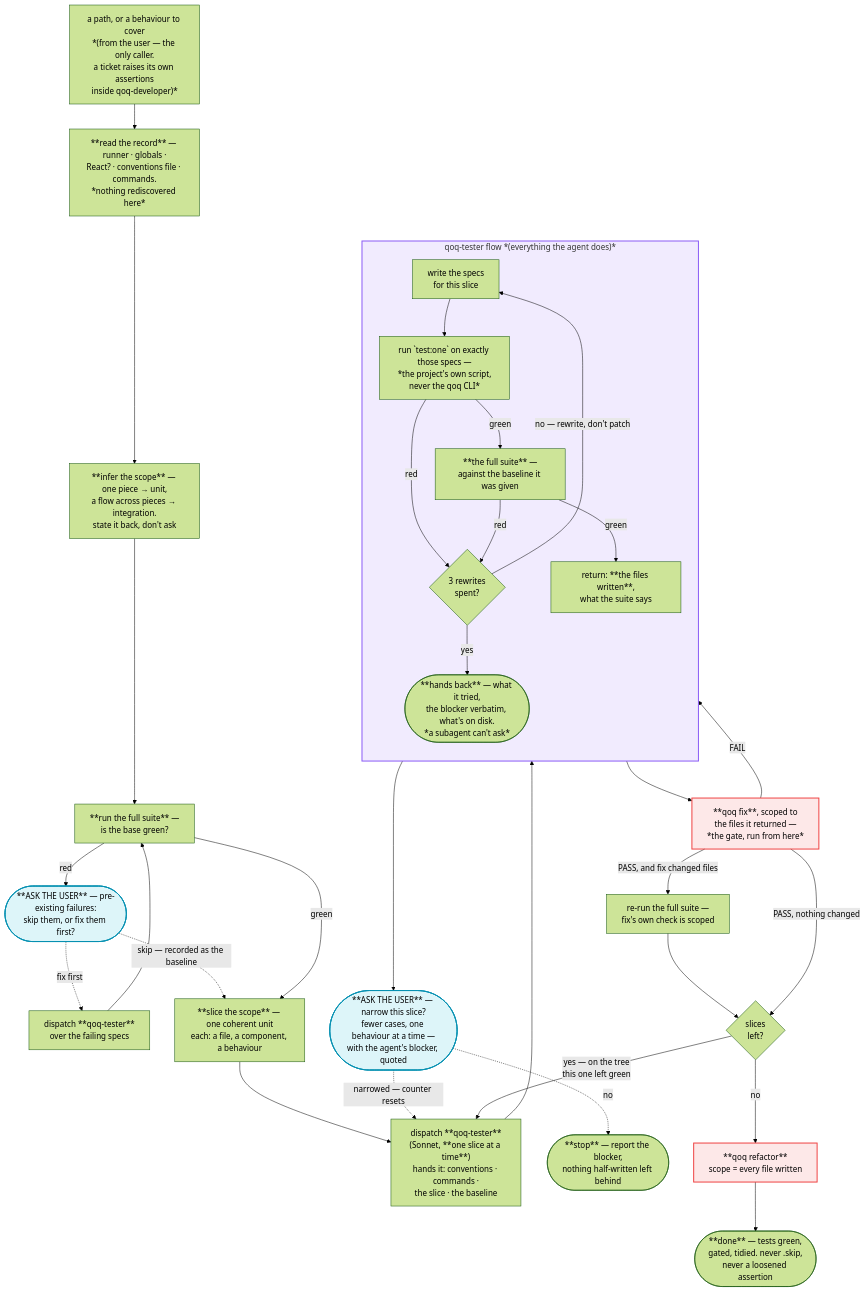
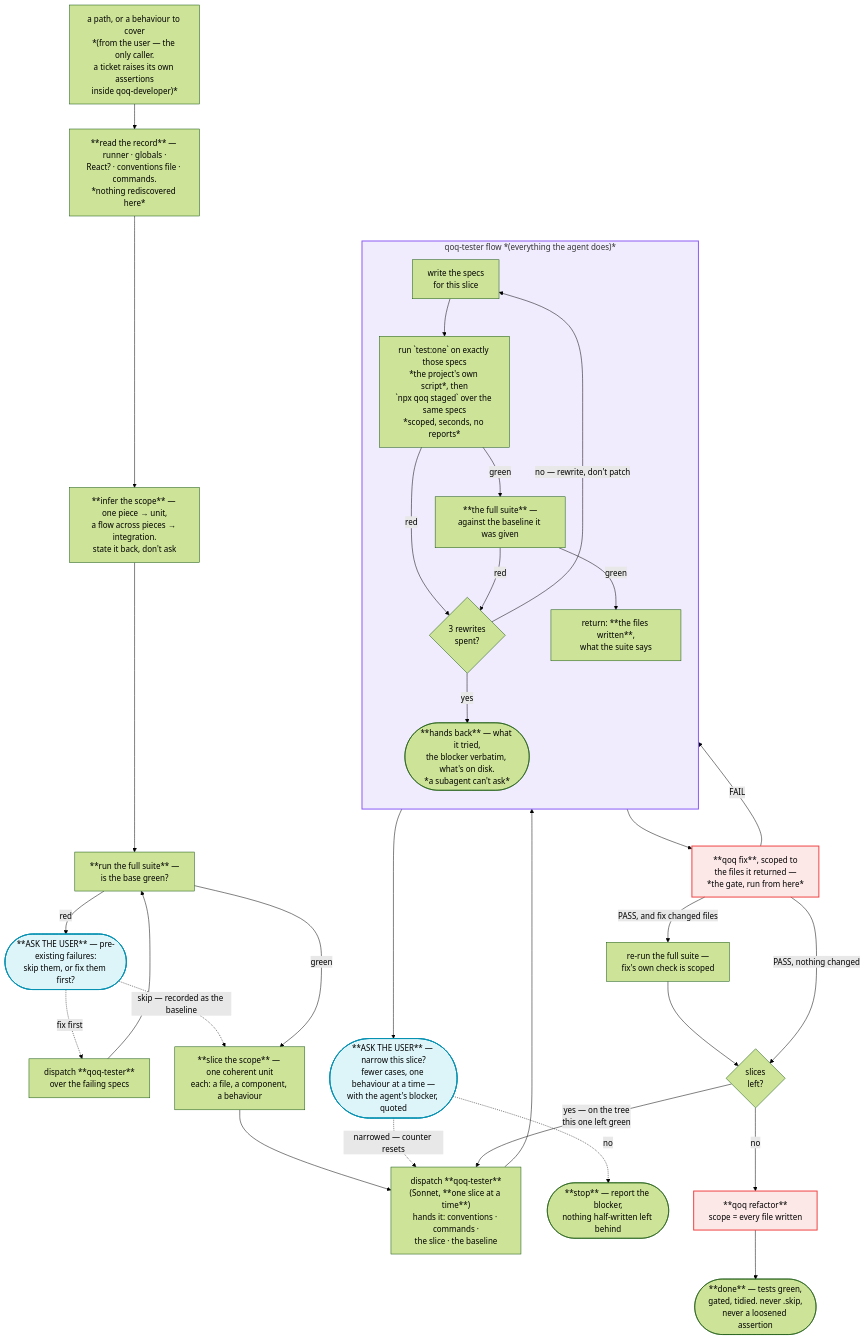
The eighth of 9 diagrams in docs/qoq-workflows.md (ladamczyk-it/qoq), drawn with Mermaid (forest theme) before and after one commit. The commit also changed other lines of this file and 22 other files, not shown here.

````diff
--- a/docs/qoq-workflows.md
+++ b/docs/qoq-workflows.md
@@ -429,51 +454,51 @@
 ```mermaid
 flowchart TD
     TARG["a path, or a behaviour to cover<br/>*(from the user — the only caller.<br/>a ticket raises its own assertions<br/>inside qoq-developer)*"]
     TARG --> TD1
     TD1["**read the record** — runner · globals ·<br/>React? · conventions file · commands.<br/>*nothing rediscovered here*"]
     TD1 --> TSCOPE["**infer the scope** — one piece → unit,<br/>a flow across pieces → integration.<br/>state it back, don't ask"]
 
     TSCOPE --> TBASE["**run the full suite** —<br/>is the base green?"]
     TBASE -->|"red"| TBASK(["**ASK THE USER** — pre-existing failures:<br/>skip them, or fix them first?"])
     TBASK -.->|"fix first"| TOLD["dispatch **qoq-tester**<br/>over the failing specs"]
     TOLD --> TBASE
     TBASK -.->|"skip — recorded as the baseline"| TSLICE
     TBASE -->|"green"| TSLICE
 
     TSLICE["**slice the scope** — one coherent unit<br/>each: a file, a component, a behaviour"]
     TSLICE --> TDISP["dispatch **qoq-tester**<br/>(Sonnet, **one slice at a time**)<br/>hands it: conventions · commands ·<br/>the slice · the baseline"]
 
     subgraph TESTER["qoq-tester flow *(everything the agent does)*"]
         direction TB
         A1["write the specs<br/>for this slice"]
-        A1 --> A2["run `test:one` on exactly those specs —<br/>*the project's own script,<br/>never the qoq CLI*"]
+        A1 --> A2["run `test:one` on exactly those specs<br/>*the project's own script*, then<br/>`npx qoq staged` over the same specs<br/>*scoped, seconds, no reports*"]
         A2 -->|"red"| A4
         A2 -->|"green"| A3["**the full suite** —<br/>against the baseline it was given"]
         A3 -->|"red"| A4{"3 rewrites<br/>spent?"}
         A4 -->|"no — rewrite, don't patch"| A1
         A4 -->|"yes"| AHAND(["**hands back** — what it tried,<br/>the blocker verbatim, what's on disk.<br/>*a subagent can't ask*"])
         A3 -->|"green"| ARET["return: **the files written**,<br/>what the suite says"]
     end
 
     TDISP --> A1
     AHAND --> TNARROW(["**ASK THE USER** — narrow this slice?<br/>fewer cases, one behaviour at a time —<br/>with the agent's blocker, quoted"])
     TNARROW -.->|"narrowed — counter resets"| TDISP
     TNARROW -.->|"no"| TSTOP2(["**stop** — report the blocker,<br/>nothing half-written left behind"])
 
     ARET --> TGATE["**qoq fix**, scoped to<br/>the files it returned —<br/>*the gate, run from here*"]
     TGATE -->|FAIL| A4
     TGATE -->|"PASS, and fix changed files"| TRERUN["re-run the full suite —<br/>fix's own check is scoped"]
     TRERUN --> TMORE
     TGATE -->|"PASS, nothing changed"| TMORE{"slices<br/>left?"}
     TMORE -->|"yes — on the tree<br/>this one left green"| TDISP
     TMORE -->|"no"| TREF["**qoq refactor**<br/>scope = every file written"]
     TREF --> TDONE(["**done** — tests green,<br/>gated, tidied. never .skip,<br/>never a loosened assertion"])
 
     classDef agent fill:#8b5cf61f,stroke:#8b5cf6,stroke-width:2px
     classDef user fill:#06b6d422,stroke:#0891b2,stroke-width:2px
     classDef skill fill:#ef44441f,stroke:#ef4444,stroke-width:2px
 
     class TESTER agent
     class TNARROW,TBASK user
     class TGATE,TREF skill
 ```
````
